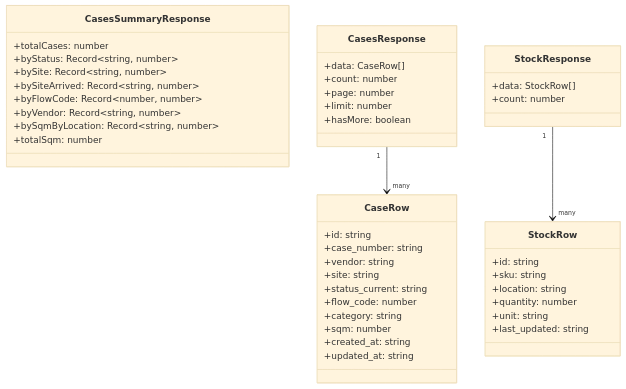
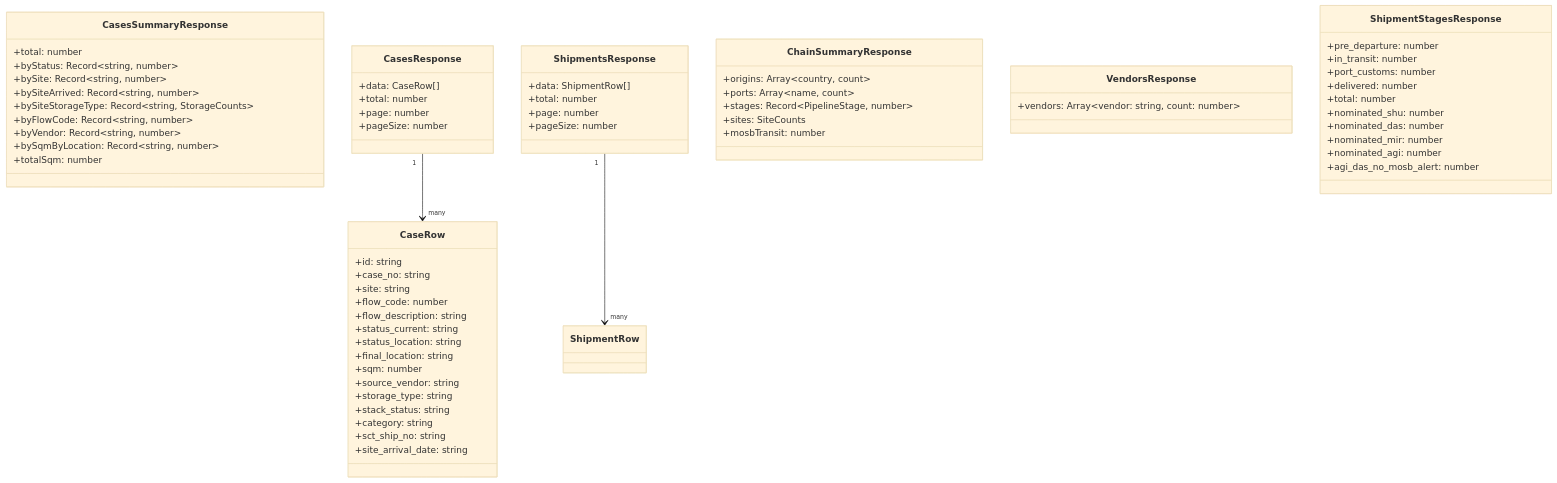
One commit to macho715/logi_hvdc_dash changed the ninth of 19 diagrams in apps/logistics-dashboard/docs/SYSTEM-ARCHITECTURE.md. Above: the diagram before and after it, drawn with Mermaid (base theme). The commit also changed other lines of this file and 80 other files, not shown here.

````diff
--- a/apps/logistics-dashboard/docs/SYSTEM-ARCHITECTURE.md
+++ b/apps/logistics-dashboard/docs/SYSTEM-ARCHITECTURE.md
@@ -311,51 +384,74 @@
 ```mermaid
 classDiagram
     class CasesSummaryResponse {
-        +totalCases: number
+        +total: number
         +byStatus: Record~string, number~
         +bySite: Record~string, number~
         +bySiteArrived: Record~string, number~
-        +byFlowCode: Record~number, number~
+        +bySiteStorageType: Record~string, StorageCounts~
+        +byFlowCode: Record~string, number~
         +byVendor: Record~string, number~
         +bySqmByLocation: Record~string, number~
         +totalSqm: number
     }
 
     class CasesResponse {
         +data: CaseRow[]
-        +count: number
+        +total: number
         +page: number
-        +limit: number
-        +hasMore: boolean
+        +pageSize: number
     }
 
     class CaseRow {
         +id: string
-        +case_number: string
-        +vendor: string
+        +case_no: string
         +site: string
+        +flow_code: number
+        +flow_description: string
         +status_current: string
-        +flow_code: number
+        +status_location: string
+        +final_location: string
+        +sqm: number
+        +source_vendor: string
+        +storage_type: string
+        +stack_status: string
         +category: string
-        +sqm: number
-        +created_at: string
-        +updated_at: string
+        +sct_ship_no: string
+        +site_arrival_date: string
     }
 
-    class StockResponse {
-        +data: StockRow[]
-        +count: number
+    class ShipmentsResponse {
+        +data: ShipmentRow[]
+        +total: number
+        +page: number
+        +pageSize: number
     }
 
-    class StockRow {
-        +id: string
-        +sku: string
-        +location: string
-        +quantity: number
-        +unit: string
-        +last_updated: string
+    class ChainSummaryResponse {
+        +origins: Array~country, count~
+        +ports: Array~name, count~
+        +stages: Record~PipelineStage, number~
+        +sites: SiteCounts
+        +mosbTransit: number
+    }
+
+    class VendorsResponse {
+        +vendors: Array~vendor: string, count: number~
+    }
+
+    class ShipmentStagesResponse {
+        +pre_departure: number
+        +in_transit: number
+        +port_customs: number
+        +delivered: number
+        +total: number
+        +nominated_shu: number
+        +nominated_das: number
+        +nominated_mir: number
+        +nominated_agi: number
+        +agi_das_no_mosb_alert: number
     }
 
     CasesResponse "1" --> "many" CaseRow
-    StockResponse "1" --> "many" StockRow
+    ShipmentsResponse "1" --> "many" ShipmentRow
 ```
````
